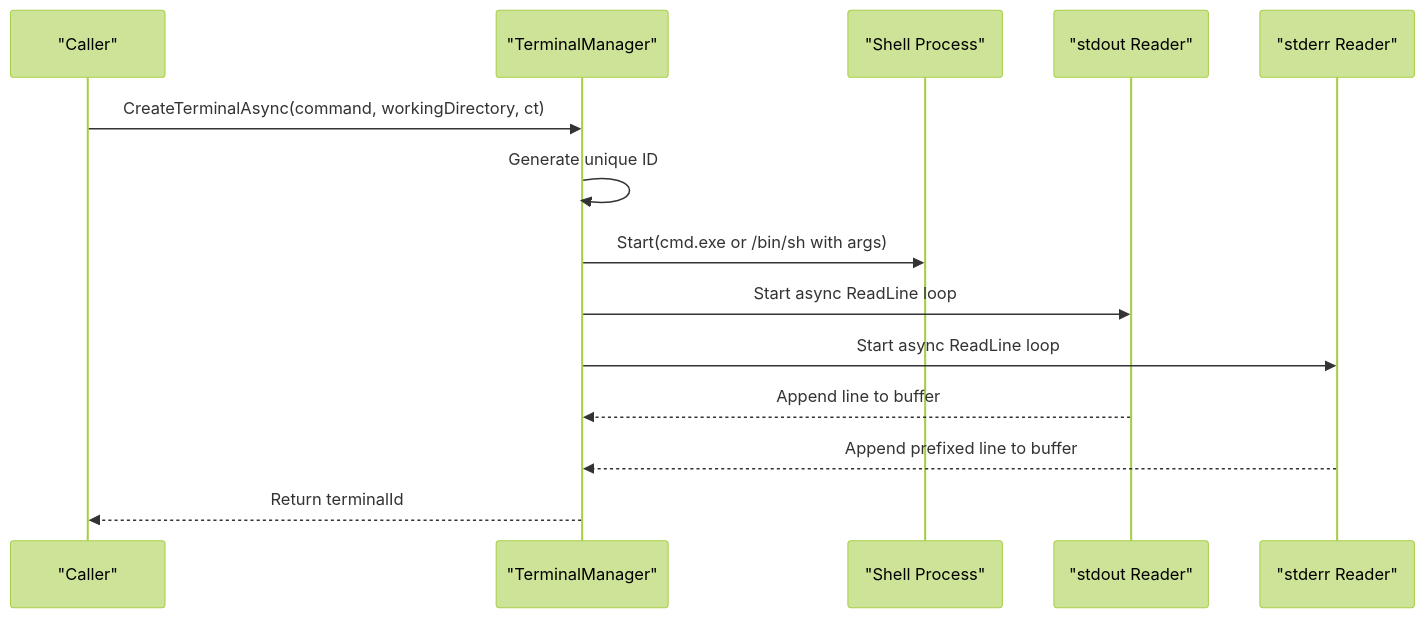
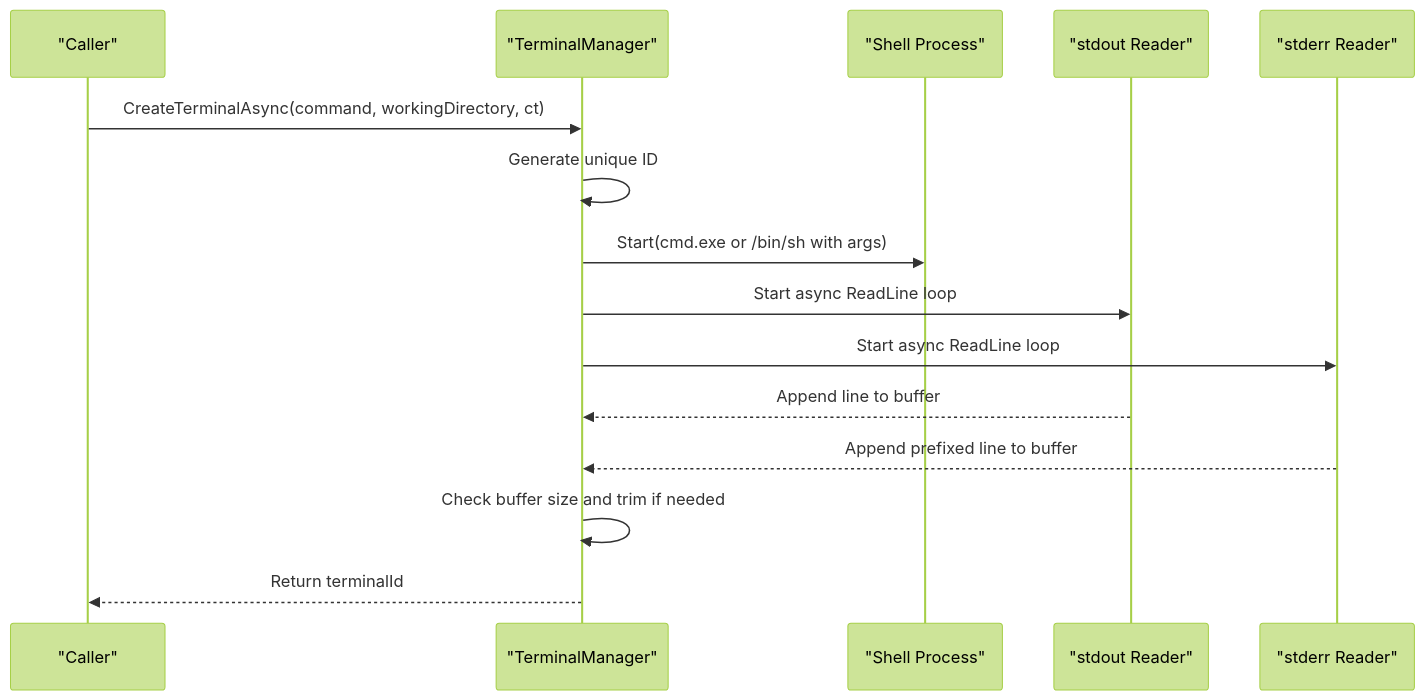
One commit to AgenticDesktop/App changed the fourth of 6 diagrams in .qoder/repowiki/en/content/API Reference/Services API/Terminal Manager API.md. Above: the diagram before and after it, drawn with Mermaid (forest theme). The commit also changed other lines of this file and 108 other files, not shown here.

````diff
--- a/.qoder/repowiki/en/content/API Reference/Services API/Terminal Manager API.md
+++ b/.qoder/repowiki/en/content/API Reference/Services API/Terminal Manager API.md
@@ -193,16 +209,17 @@
 ```mermaid
 sequenceDiagram
 participant Caller as "Caller"
 participant TM as "TerminalManager"
 participant PROC as "Shell Process"
 participant OUT as "stdout Reader"
 participant ERR as "stderr Reader"
 Caller->>TM : CreateTerminalAsync(command, workingDirectory, ct)
 TM->>TM : Generate unique ID
 TM->>PROC : Start(cmd.exe or /bin/sh with args)
 TM->>OUT : Start async ReadLine loop
 TM->>ERR : Start async ReadLine loop
 OUT-->>TM : Append line to buffer
 ERR-->>TM : Append prefixed line to buffer
+TM->>TM : Check buffer size and trim if needed
 TM-->>Caller : Return terminalId
 ```
````
